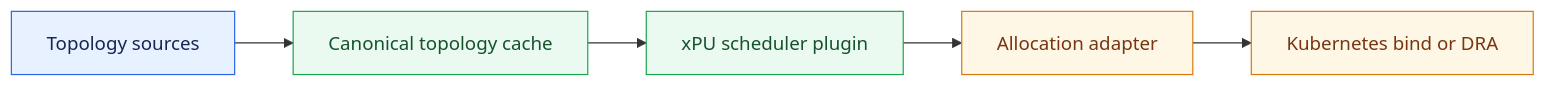
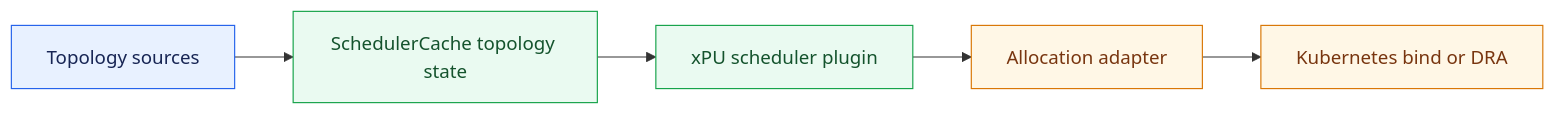
One commit to volcano-sh/volcano changed the first of 7 diagrams in docs/design/generic-xpu-topology-aware-scheduling.md. Above: the diagram before and after it, drawn with Mermaid. The commit also changed other lines of this file, not shown here.

Commit message:
docs: refine generic xpu topology-aware scheduling design Align the topology view with SchedulerCache snapshots, clarify provider and canonical identity contracts, define policy lifecycle and failure reporting, and refine compact allocation behavior.

````diff
--- a/docs/design/generic-xpu-topology-aware-scheduling.md
+++ b/docs/design/generic-xpu-topology-aware-scheduling.md
@@ -57,14 +58,14 @@
 ```mermaid
 flowchart LR
-    Sources[Topology sources] --> Cache[Canonical topology cache]
+    Sources[Topology sources] --> Cache[SchedulerCache topology state]
     Cache --> Plugin[xPU scheduler plugin]
     Plugin --> Adapter[Allocation adapter]
     Adapter --> Bind[Kubernetes bind or DRA]
 
     classDef source fill:#e8f1ff,stroke:#2563eb,color:#172554
     classDef scheduler fill:#eafaf1,stroke:#16a34a,color:#14532d
     classDef runtime fill:#fff7e6,stroke:#d97706,color:#78350f
     class Sources source
     class Cache,Plugin scheduler
     class Adapter,Bind runtime
 ```
````
